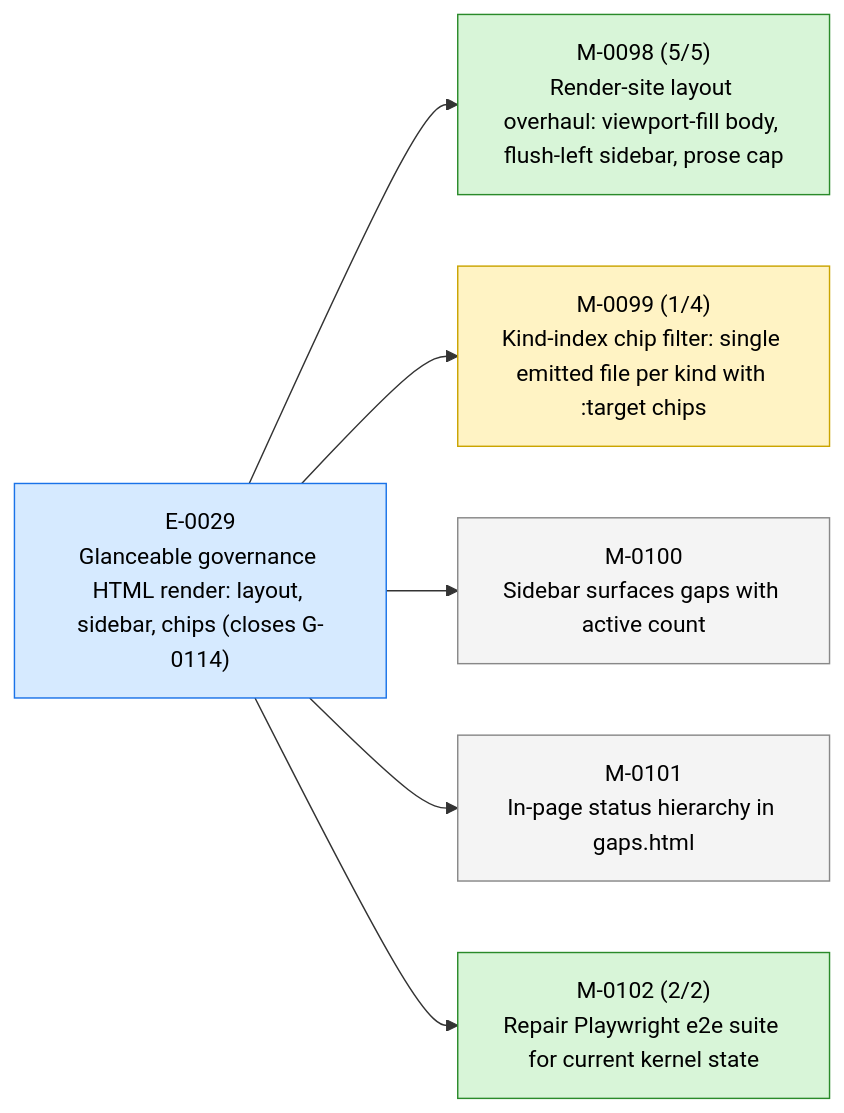
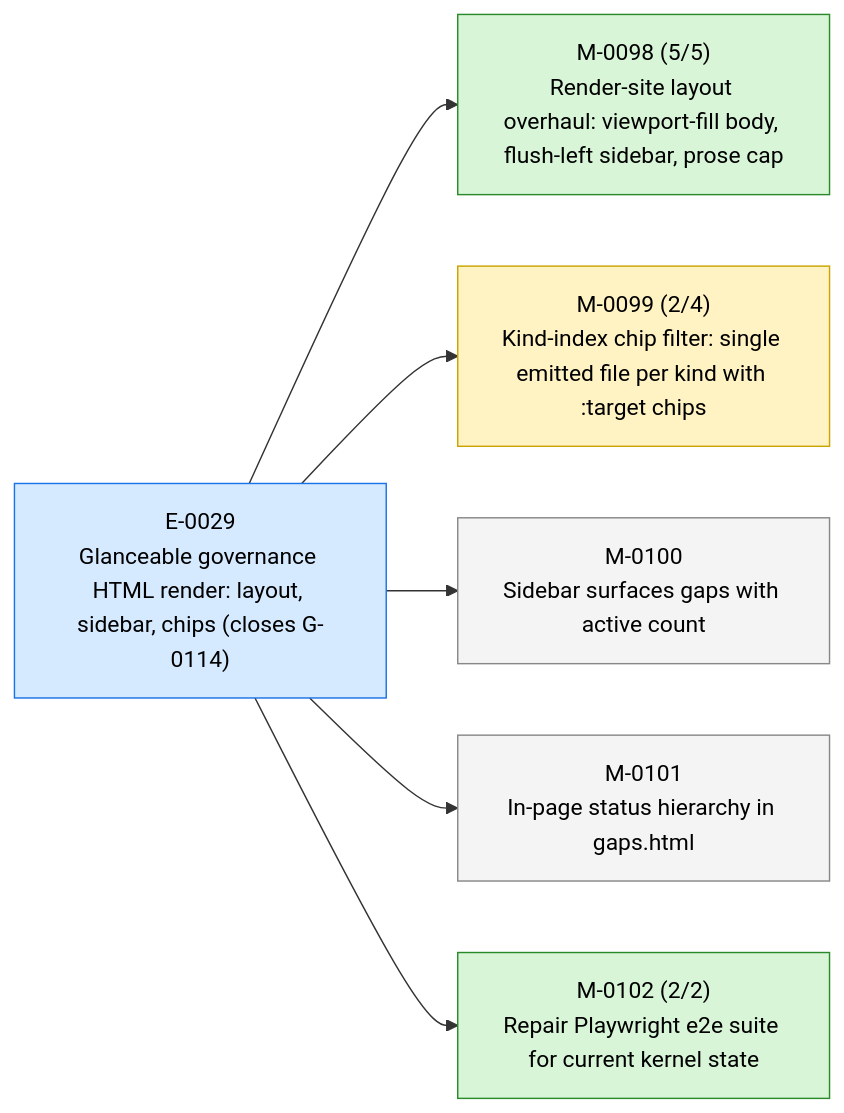
The first of 3 diagrams in STATUS.md (23min/aiwf), drawn with Mermaid before and after one commit. The commit also changed other lines of this file and 1 other file, not shown here.

````diff
--- a/STATUS.md
+++ b/STATUS.md
@@ -17,20 +17,20 @@
 ```mermaid
 flowchart LR
   E_0029["E-0029<br/>Glanceable governance HTML render: layout, sidebar, chips (closes G-0114)"]:::epic_active
   M_0098["M-0098 (5/5)<br/>Render-site layout overhaul: viewport-fill body, flush-left sidebar, prose cap"]:::ms_done
   E_0029 --> M_0098
-  M_0099["M-0099 (1/4)<br/>Kind-index chip filter: single emitted file per kind with :target chips"]:::ms_in_progress
+  M_0099["M-0099 (2/4)<br/>Kind-index chip filter: single emitted file per kind with :target chips"]:::ms_in_progress
   E_0029 --> M_0099
   M_0100["M-0100<br/>Sidebar surfaces gaps with active count"]:::ms_draft
   E_0029 --> M_0100
   M_0101["M-0101<br/>In-page status hierarchy in gaps.html"]:::ms_draft
   E_0029 --> M_0101
   M_0102["M-0102 (2/2)<br/>Repair Playwright e2e suite for current kernel state"]:::ms_done
   E_0029 --> M_0102
   classDef epic_active fill:#d6eaff,stroke:#1a73e8,color:#000
   classDef epic_proposed fill:#f4f4f4,stroke:#888,color:#000
   classDef ms_done fill:#d8f5d8,stroke:#2a8a2a,color:#000
   classDef ms_in_progress fill:#fff3c4,stroke:#caa400,color:#000
   classDef ms_draft fill:#f4f4f4,stroke:#888,color:#000
   classDef ms_cancelled fill:#fbeaea,stroke:#c33,color:#000
 ```
````
